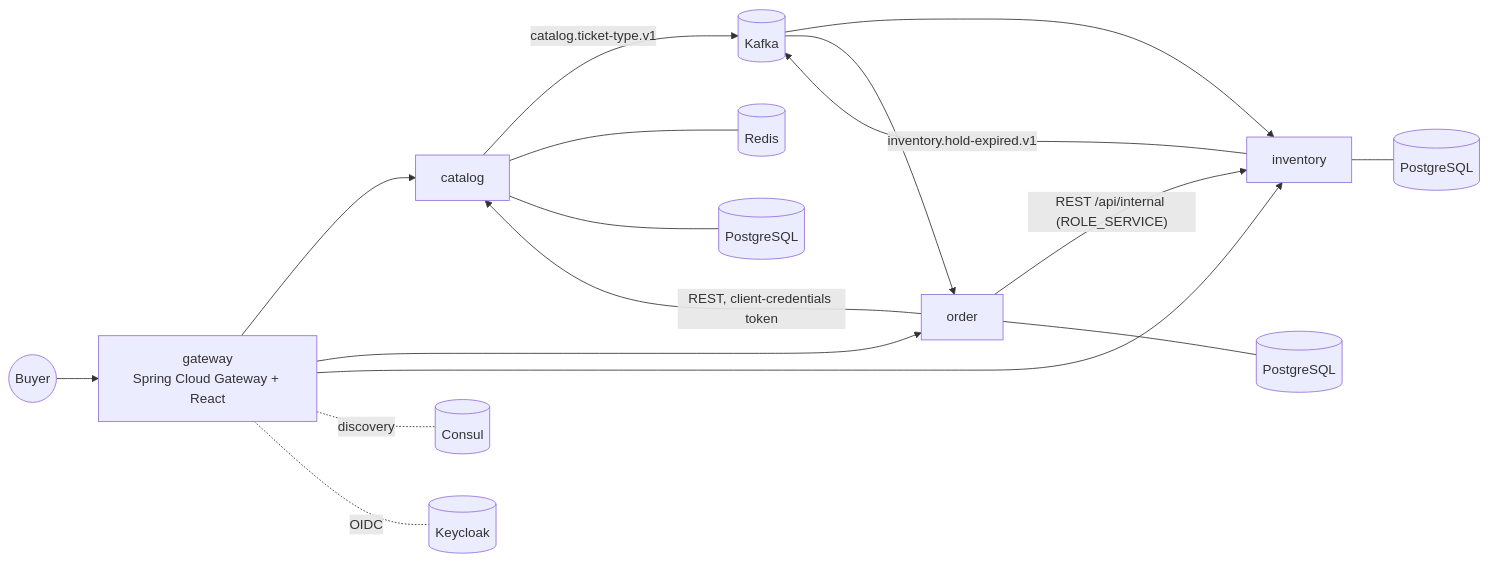
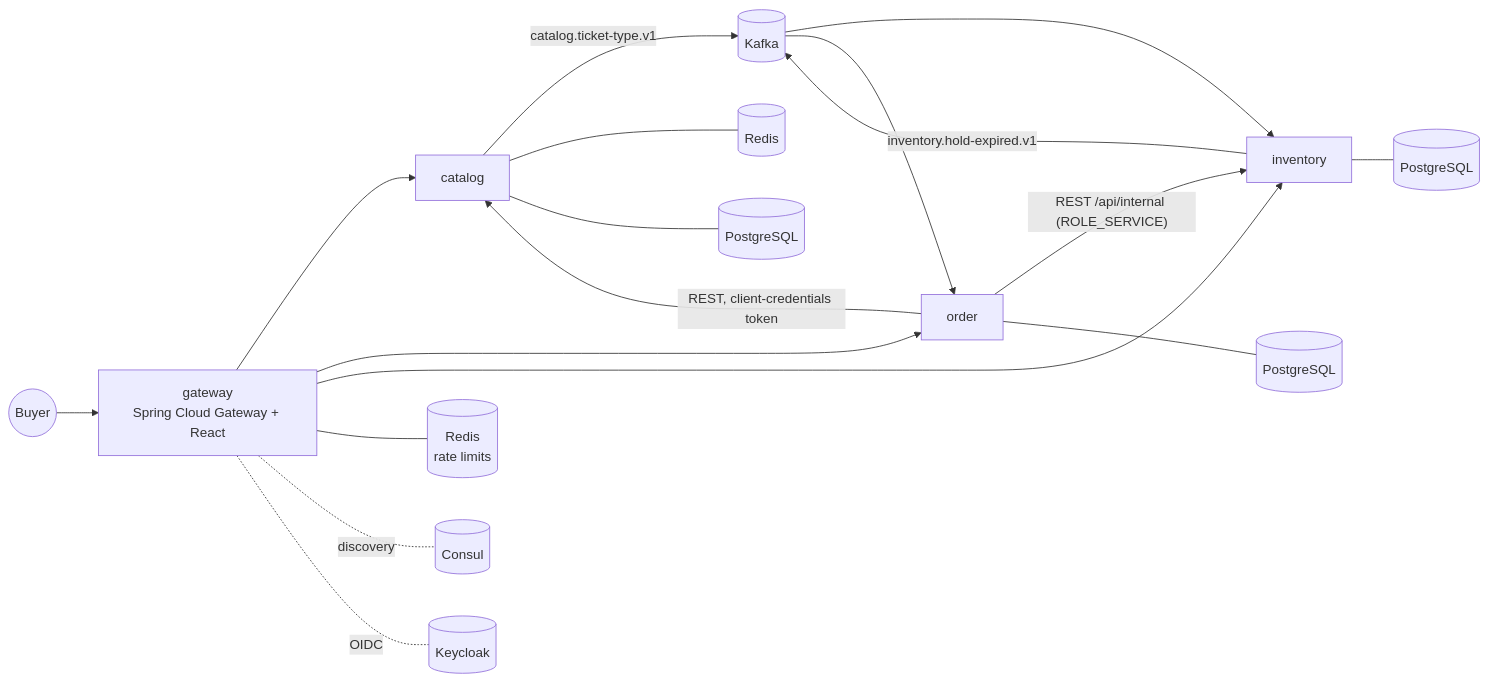
Before and after one commit to hviequang0411-dev/ticket-rush-latform: the diagram in README.md, drawn with Mermaid. The commit also changed other lines of this file and 11 other files, not shown here.

First line of the commit message:
feat(gateway): per-user rate limit on checkout with Redis

````diff
--- a/README.md
+++ b/README.md
@@ -15,17 +19,18 @@
 ```mermaid
 flowchart LR
     buyer((Buyer)) --> gateway[gateway<br/>Spring Cloud Gateway + React]
     gateway --> catalog & order & inventory
+    gateway --- gredis[(Redis<br/>rate limits)]
     order -- "REST, client-credentials token" --> catalog
     order -- "REST /api/internal (ROLE_SERVICE)" --> inventory
     catalog -- "catalog.ticket-type.v1" --> kafka[(Kafka)]
     kafka --> inventory
     inventory -- "inventory.hold-expired.v1" --> kafka
     kafka --> order
     catalog --- redis[(Redis)]
     catalog --- pgc[(PostgreSQL)]
     inventory --- pgi[(PostgreSQL)]
     order --- pgo[(PostgreSQL)]
     gateway -. discovery .- consul[(Consul)]
     gateway -. OIDC .- keycloak[(Keycloak)]
 ```
````
